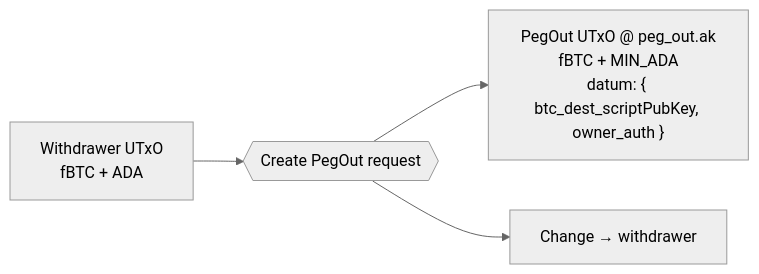
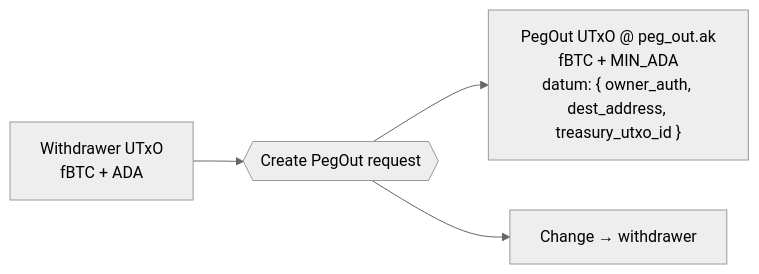
One commit to FluidTokens/ft-bifrost-bridge changed the third of 8 diagrams in documentation/technical_documentation.md. Above: the diagram before and after it, drawn with Mermaid (neutral theme). The commit also changed other lines of this file, not shown here.

First line of the commit message:
docs: document the implemented peg-out completion scheme (G28)

````diff
--- a/documentation/technical_documentation.md
+++ b/documentation/technical_documentation.md
@@ -522,6 +524,6 @@
 ```mermaid
 flowchart LR
   wdraw["Withdrawer UTxO<br/>fBTC + ADA"] --> tx{{"Create PegOut request"}}
-  tx --> pout["PegOut UTxO @ peg_out.ak<br/>fBTC + MIN_ADA<br/>datum: { btc_dest_scriptPubKey, owner_auth }"]
+  tx --> pout["PegOut UTxO @ peg_out.ak<br/>fBTC + MIN_ADA<br/>datum: { owner_auth, dest_address, treasury_utxo_id }"]
   tx --> change["Change → withdrawer"]
 ```
````
